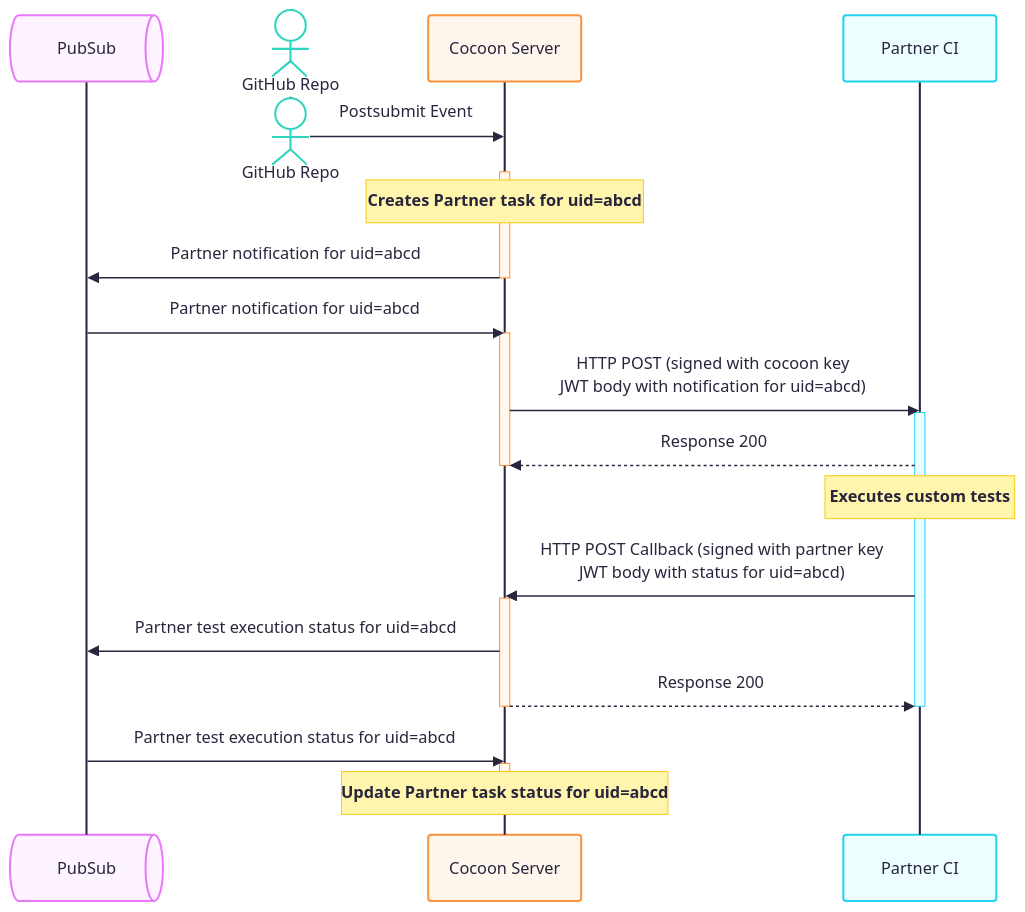
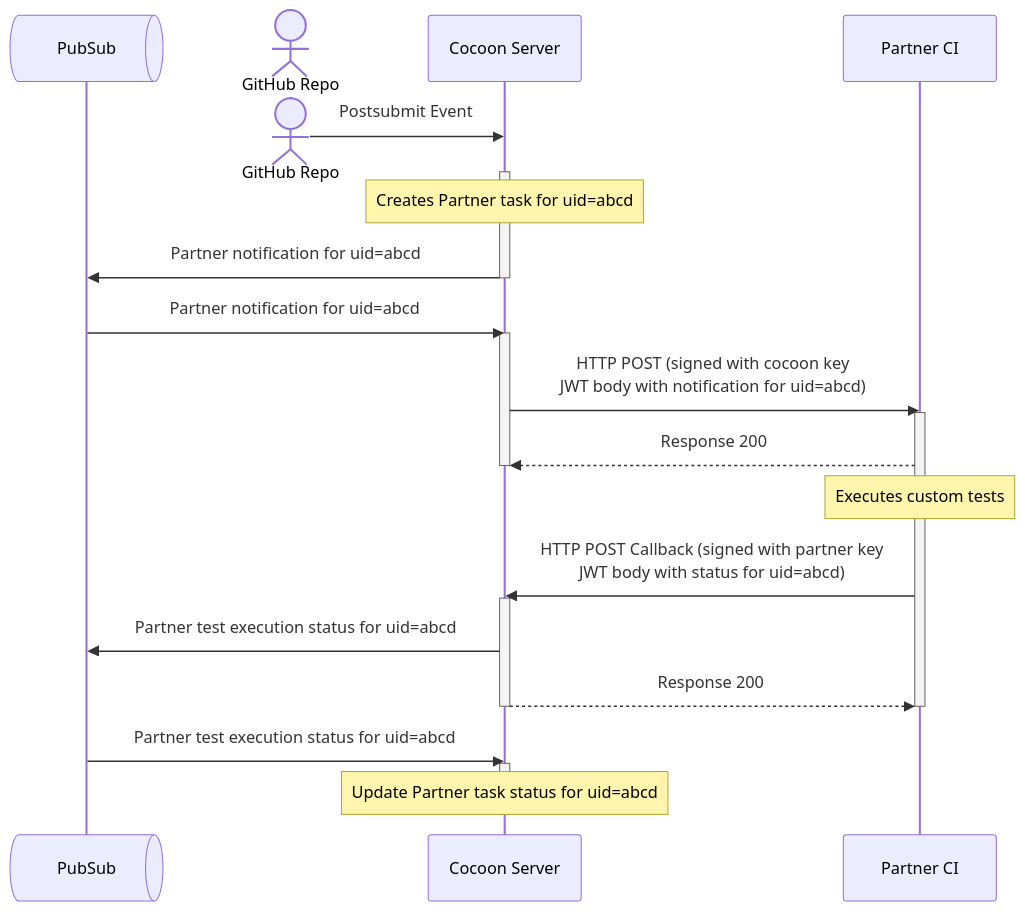
Before and after one commit to flutter/rfc: the first of 4 diagrams in rfc/610.0000-flutter-pluggable-ci.md, drawn with Mermaid.

Commit message:
default theme

````diff
--- a/rfc/610.0000-flutter-pluggable-ci.md
+++ b/rfc/610.0000-flutter-pluggable-ci.md
@@ -49,34 +49,34 @@
 ```mermaid
 ---
 config:
-  theme: redux-color
+  theme: default
 ---
 sequenceDiagram
    participant PubSub@{"type":"queue"}
    actor GitHub as GitHub Repo
    participant Cocoon as Cocoon Server
    participant Partner as Partner CI
    destroy GitHub
    GitHub->>Cocoon: Postsubmit Event
    activate Cocoon
    Note over Cocoon: Creates Partner task for uid=abcd
    Cocoon->>PubSub: Partner notification for uid=abcd
    deactivate Cocoon
    PubSub->>Cocoon: Partner notification for uid=abcd
    activate Cocoon
    Cocoon->>Partner: HTTP POST (signed with cocoon key<br/>JWT body with notification for uid=abcd)
    activate Partner
    Partner-->>Cocoon: Response 200
    deactivate Cocoon
    Note over Partner: Executes custom tests
    Partner->>Cocoon: HTTP POST Callback (signed with partner key<br/>JWT body with status for uid=abcd)  
    activate Cocoon
    Cocoon->>PubSub: Partner test execution status for uid=abcd
    Cocoon-->>Partner: Response 200
    deactivate Cocoon
    deactivate Partner
    PubSub->>Cocoon: Partner test execution status for uid=abcd
    activate Cocoon
    Note over Cocoon: Update Partner task status for uid=abcd
    deactivate Cocoon
 ```
````
